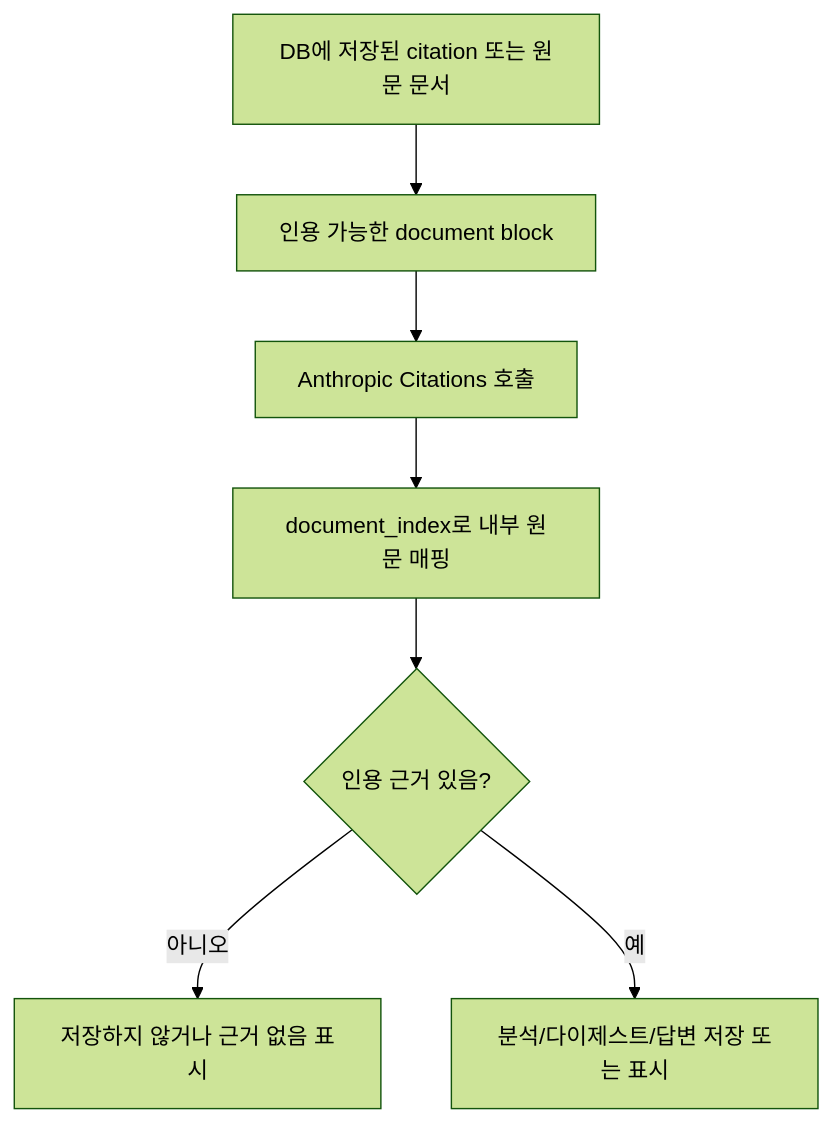
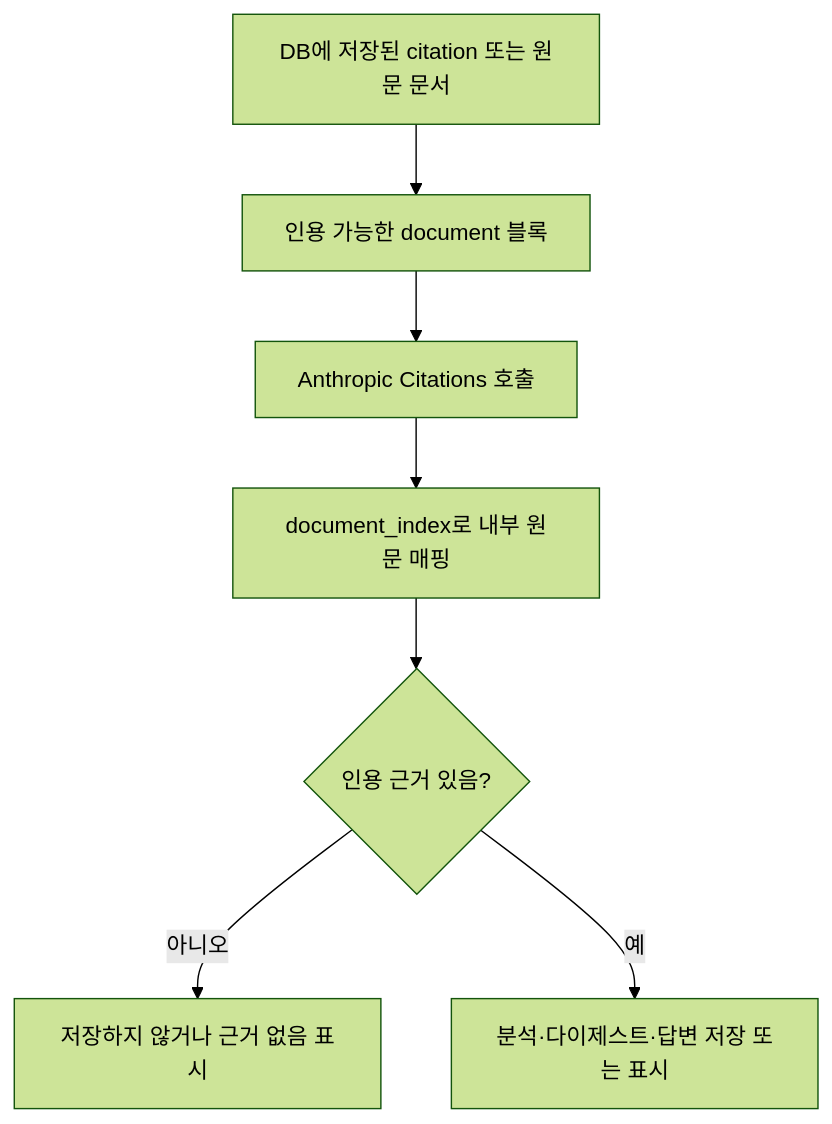
The second of 2 diagrams in docs/learnings/04-citations-and-ai-analysis.md (SJayKim/finance_agent), drawn with Mermaid (forest theme) before and after one commit. The commit also changed other lines of this file and 10 other files, not shown here.

````diff
--- a/docs/learnings/04-citations-and-ai-analysis.md
+++ b/docs/learnings/04-citations-and-ai-analysis.md
@@ -63,9 +67,9 @@
 ```mermaid
 flowchart TD
-    Evidence[DB에 저장된 citation 또는 원문 문서] --> Citable[인용 가능한 document block]
+    Evidence[DB에 저장된 citation 또는 원문 문서] --> Citable[인용 가능한 document 블록]
     Citable --> Model[Anthropic Citations 호출]
     Model --> Parse[document_index로 내부 원문 매핑]
     Parse --> HasCitation{인용 근거 있음?}
     HasCitation -- 아니오 --> Refuse[저장하지 않거나 근거 없음 표시]
-    HasCitation -- 예 --> Save[분석/다이제스트/답변 저장 또는 표시]
+    HasCitation -- 예 --> Save[분석·다이제스트·답변 저장 또는 표시]
 ```
````
